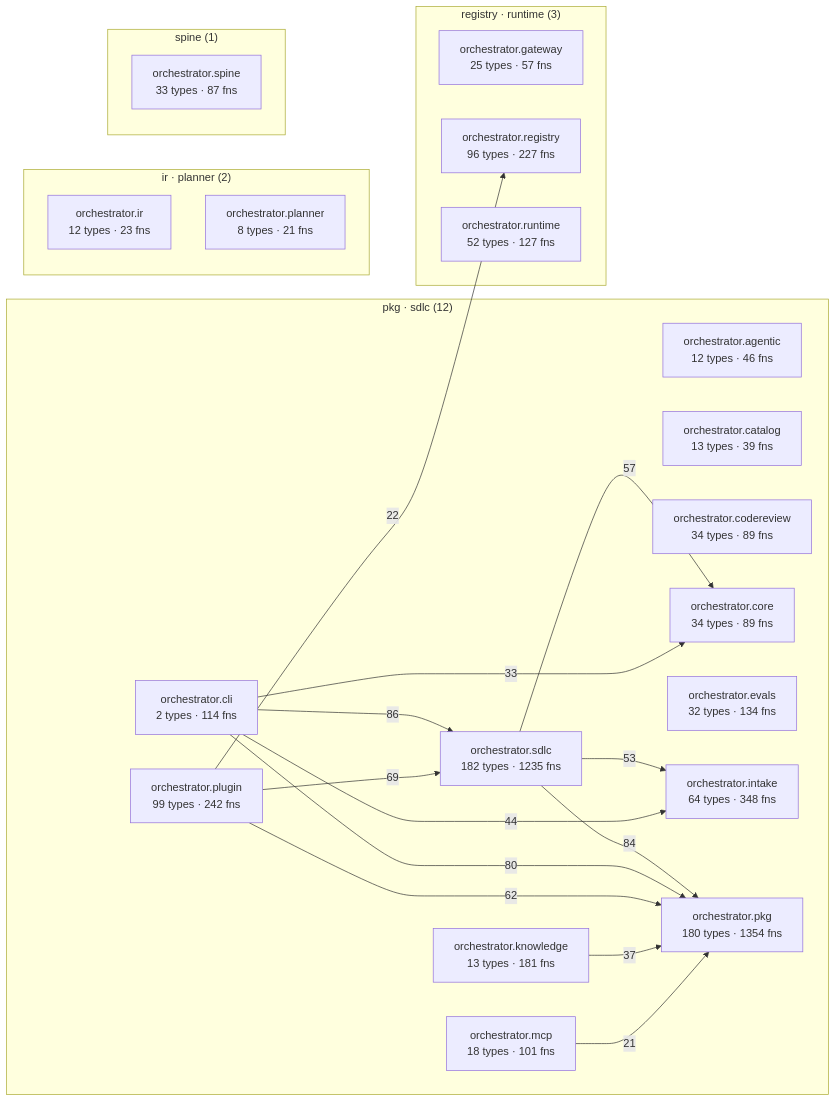
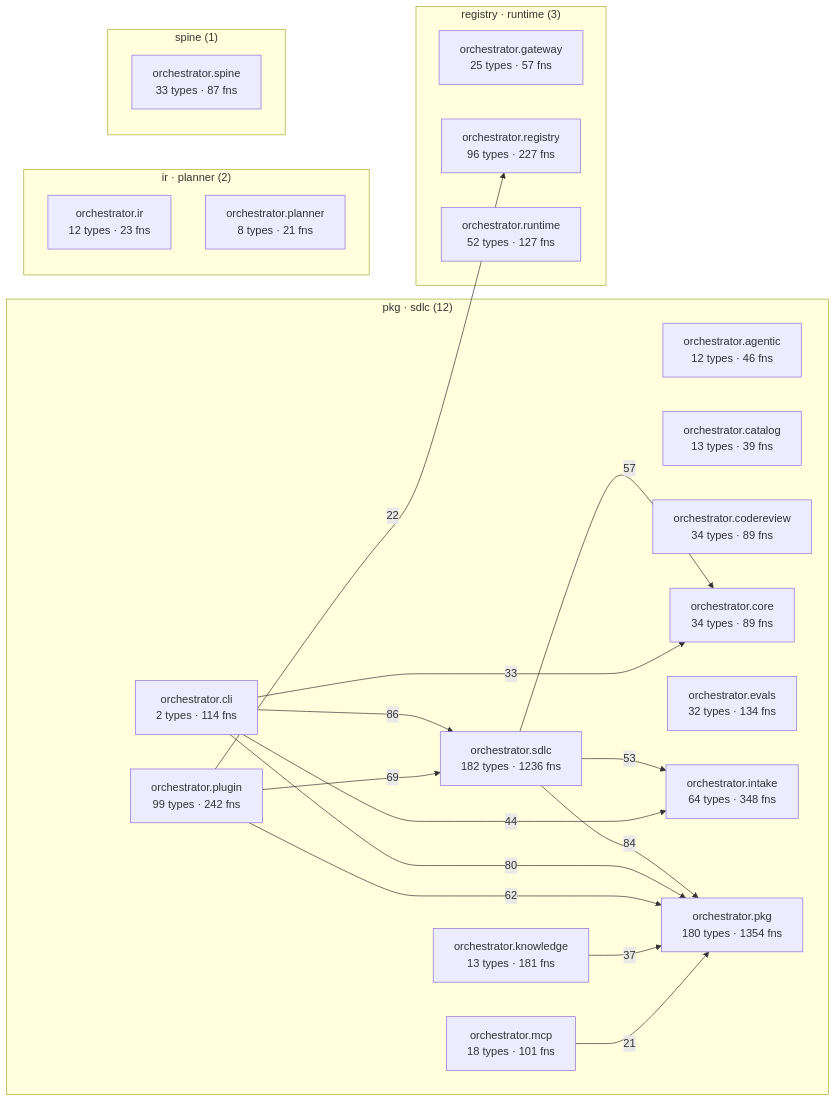
Before and after one commit to synaptixs/spine: the diagram in episteme/architecture.md, drawn with Mermaid. The commit also changed other lines of this file and 11 other files, not shown here.

````diff
--- a/episteme/architecture.md
+++ b/episteme/architecture.md
@@ -56,41 +56,41 @@
 ```mermaid
 flowchart LR
   subgraph c_2["pkg · sdlc (12)"]
     aorchestratoragentic["orchestrator.agentic<br/>12 types · 46 fns"]
     aorchestratorcatalog["orchestrator.catalog<br/>13 types · 39 fns"]
     aorchestratorcli["orchestrator.cli<br/>2 types · 114 fns"]
     aorchestratorcodereview["orchestrator.codereview<br/>34 types · 89 fns"]
     aorchestratorcore["orchestrator.core<br/>34 types · 89 fns"]
     aorchestratorevals["orchestrator.evals<br/>32 types · 134 fns"]
     aorchestratorintake["orchestrator.intake<br/>64 types · 348 fns"]
     aorchestratorknowledge["orchestrator.knowledge<br/>13 types · 181 fns"]
     aorchestratormcp["orchestrator.mcp<br/>18 types · 101 fns"]
     aorchestratorpkg["orchestrator.pkg<br/>180 types · 1354 fns"]
     aorchestratorplugin["orchestrator.plugin<br/>99 types · 242 fns"]
-    aorchestratorsdlc["orchestrator.sdlc<br/>182 types · 1235 fns"]
+    aorchestratorsdlc["orchestrator.sdlc<br/>182 types · 1236 fns"]
   end
   subgraph c_5["registry · runtime (3)"]
     aorchestratorgateway["orchestrator.gateway<br/>25 types · 57 fns"]
     aorchestratorregistry["orchestrator.registry<br/>96 types · 227 fns"]
     aorchestratorruntime["orchestrator.runtime<br/>52 types · 127 fns"]
   end
   subgraph c_7["ir · planner (2)"]
     aorchestratorir["orchestrator.ir<br/>12 types · 23 fns"]
     aorchestratorplanner["orchestrator.planner<br/>8 types · 21 fns"]
   end
   subgraph c_12["spine (1)"]
     aorchestratorspine["orchestrator.spine<br/>33 types · 87 fns"]
   end
   aorchestratorcli -->|86| aorchestratorsdlc
   aorchestratorsdlc -->|84| aorchestratorpkg
   aorchestratorcli -->|80| aorchestratorpkg
   aorchestratorplugin -->|69| aorchestratorsdlc
   aorchestratorplugin -->|62| aorchestratorpkg
   aorchestratorsdlc -->|57| aorchestratorcore
   aorchestratorsdlc -->|53| aorchestratorintake
   aorchestratorcli -->|44| aorchestratorintake
   aorchestratorknowledge -->|37| aorchestratorpkg
   aorchestratorcli -->|33| aorchestratorcore
   aorchestratorplugin -->|22| aorchestratorregistry
   aorchestratormcp -->|21| aorchestratorpkg
 ```
````
